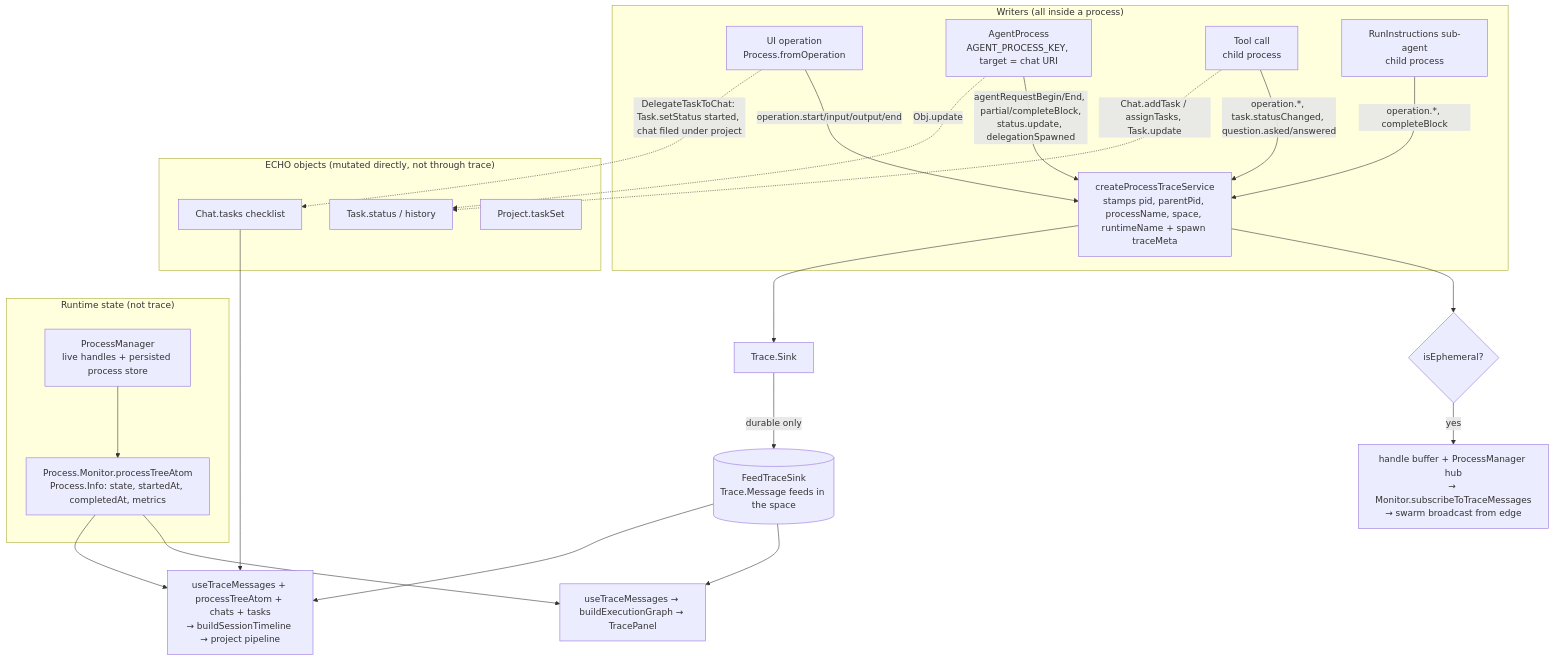
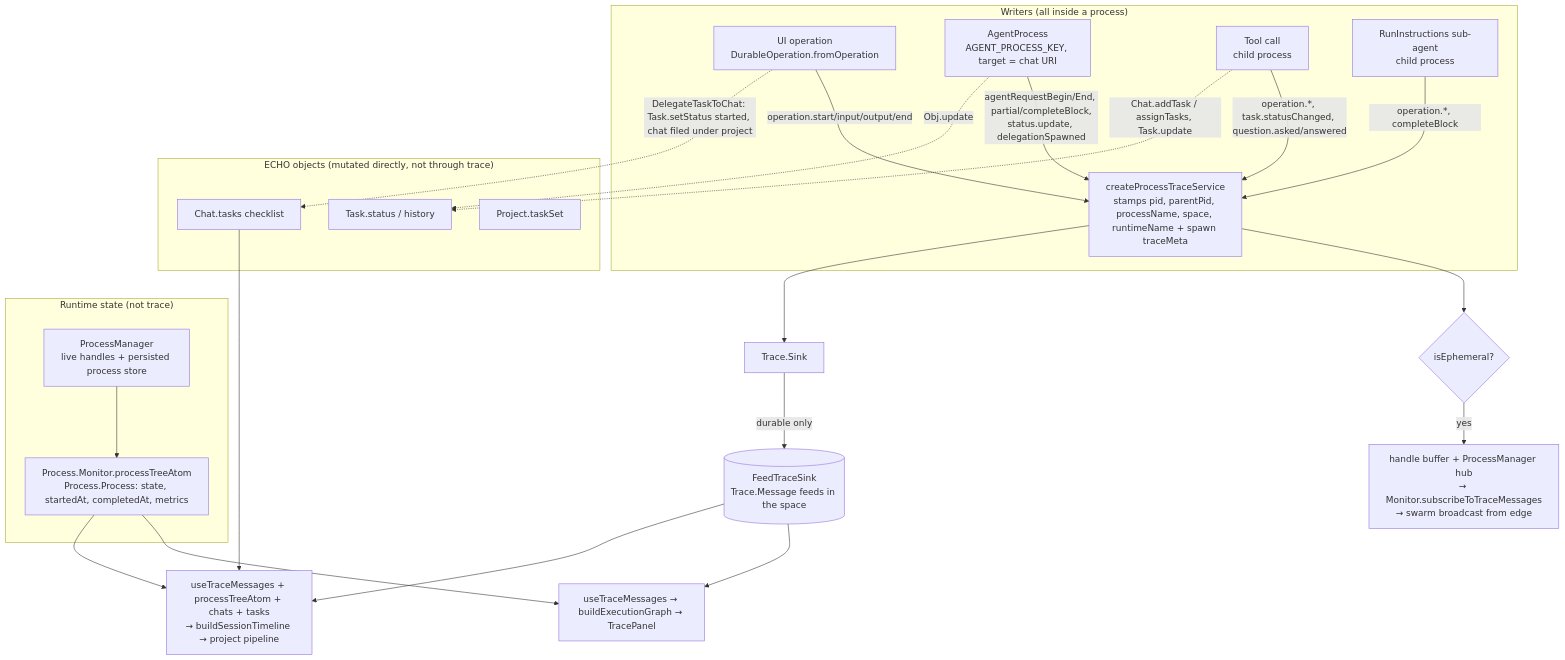
Before and after one commit to dxos/dxos: the third of 9 diagrams in packages/plugins/plugin-assistant/docs/ACTIVITY.md, drawn with Mermaid. The commit also changed other lines of this file and 54 other files, not shown here.

Commit message:
compute: make process definitions durable operations (#13656)

````diff
--- a/packages/plugins/plugin-assistant/docs/ACTIVITY.md
+++ b/packages/plugins/plugin-assistant/docs/ACTIVITY.md
@@ -171,29 +171,29 @@
 ```mermaid
 flowchart TB
   subgraph writers["Writers (all inside a process)"]
-    UI[UI operation<br/>Process.fromOperation] -->|operation.start/input/output/end| TS
+    UI[UI operation<br/>DurableOperation.fromOperation] -->|operation.start/input/output/end| TS
     AG["AgentProcess<br/>AGENT_PROCESS_KEY, target = chat URI"] -->|"agentRequestBegin/End, partial/completeBlock,<br/>status.update, delegationSpawned"| TS
     TOOL[Tool call<br/>child process] -->|"operation.*, task.statusChanged, question.asked/answered"| TS
     SUB[RunInstructions sub-agent<br/>child process] -->|"operation.*, completeBlock"| TS
   end
   TS["createProcessTraceService<br/>stamps pid, parentPid, processName, space, runtimeName + spawn traceMeta"] --> EPH
   TS --> SINK
   EPH{isEphemeral?} -->|yes| HUB["handle buffer + ProcessManager hub<br/>→ Monitor.subscribeToTraceMessages<br/>→ swarm broadcast from edge"]
   SINK[Trace.Sink] -->|durable only| FEED[("FeedTraceSink<br/>Trace.Message feeds in the space")]
   subgraph state["Runtime state (not trace)"]
-    PM["ProcessManager<br/>live handles + persisted process store"] --> MON["Process.Monitor.processTreeAtom<br/>Process.Info: state, startedAt, completedAt, metrics"]
+    PM["ProcessManager<br/>live handles + persisted process store"] --> MON["Process.Monitor.processTreeAtom<br/>Process.Process: state, startedAt, completedAt, metrics"]
   end
   subgraph objects["ECHO objects (mutated directly, not through trace)"]
     CHAT[Chat.tasks checklist]
     TASK[Task.status / history]
     PROJ[Project.taskSet]
   end
   AG -.->|Obj.update| TASK
   TOOL -.->|"Chat.addTask / assignTasks, Task.update"| TASK
   UI -.->|"DelegateTaskToChat: Task.setStatus started, chat filed under project"| CHAT
   FEED --> R1[useTraceMessages → buildExecutionGraph → TracePanel]
   FEED --> R2["useTraceMessages + processTreeAtom + chats + tasks<br/>→ buildSessionTimeline → project pipeline"]
   MON --> R1
   MON --> R2
   CHAT --> R2
 ```
````
